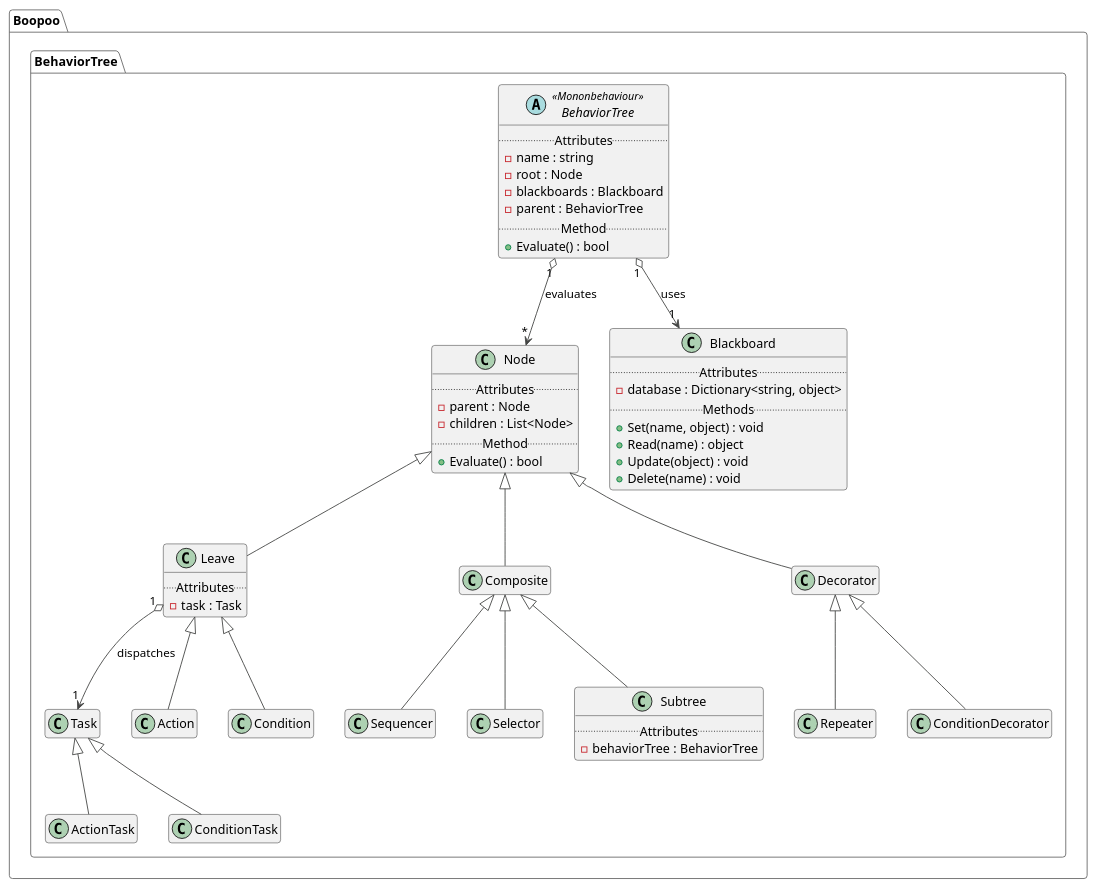
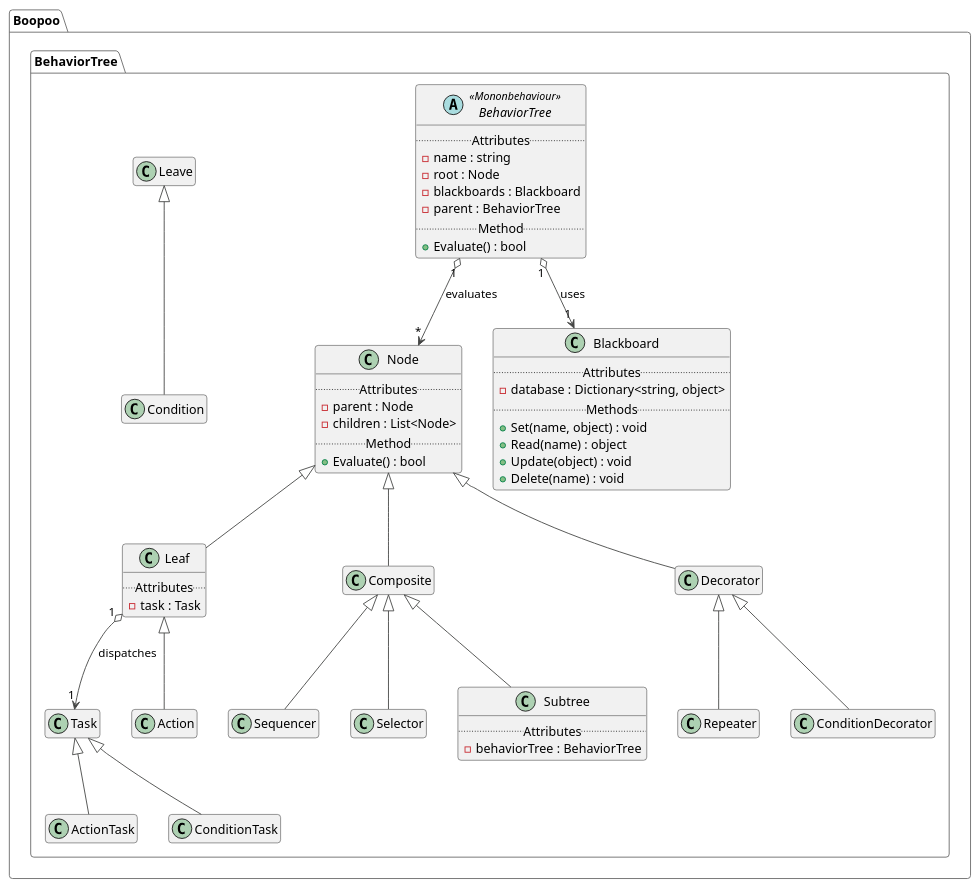
One commit to rui-boopoo/behavior-tree changed the diagram in 1 Design/class diagram.puml. Above: the diagram before and after it, drawn with PlantUML. The commit also changed 16 other files, not shown here.

```diff
--- a/1 Design/class diagram.puml
+++ b/1 Design/class diagram.puml
@@ -1,95 +1,95 @@
 @startuml BehaviorTree
 
 !theme vibrant
 hide empty members
 
 package "Boopoo.BehaviorTree" {
     abstract class BehaviorTree <<Mononbehaviour>> {
         .. Attributes ..
         - name : string
         - root : Node
         - blackboards : Blackboard
         - parent : BehaviorTree
         .. Method ..
         + Evaluate() : bool
     }
 
     BehaviorTree "1" o--> "*" Node : evaluates
     BehaviorTree "1" o--> "1" Blackboard : uses
 
     class Node {
         .. Attributes ..
         - parent : Node
         - children : List<Node>
         .. Method ..
         + Evaluate() : bool
     }
 
-    class Leave {
+    class Leaf {
         .. Attributes ..
         - task : Task 
     }
-    Node <|-- Leave
-    Leave "1" o--> "1" Task : dispatches
+    Node <|-- Leaf
+    Leaf "1" o--> "1" Task : dispatches
 
     class Action {
     }
-    Leave <|-- Action
+    Leaf <|-- Action
 
     class Condition {
     }
     Leave <|-- Condition
 
     class Composite {
     }
     Node <|-- Composite
 
     class Sequencer {
     }
     Composite <|-- Sequencer
 
     class Selector {
     }
     Composite  <|-- Selector
     
     class Subtree {
         .. Attributes ..
         - behaviorTree : BehaviorTree
     }
     Composite <|-- Subtree
 
     class Decorator {
     }
     Node <|-- Decorator
 
     class Repeater {
     }
     Decorator  <|-- Repeater
 
     class ConditionDecorator {
     }
     Decorator  <|-- ConditionDecorator
     
     class Task{
     }
 
     class ActionTask{
     }
     Task <|-- ActionTask
 
     class ConditionTask{
     }
     Task <|-- ConditionTask
 
     class Blackboard {
         .. Attributes ..
         - database : Dictionary<string, object>
         .. Methods ..
         + Set(name, object) : void
         + Read(name) : object
         + Update(object) : void
         + Delete(name) : void
     }
 }
 
 @enduml
```
